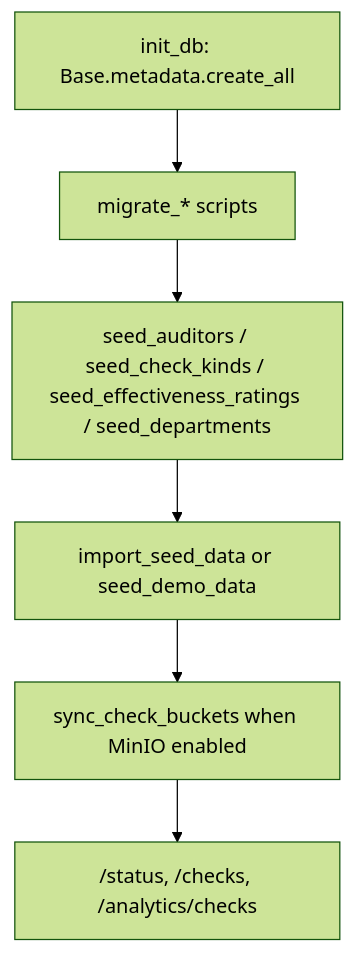
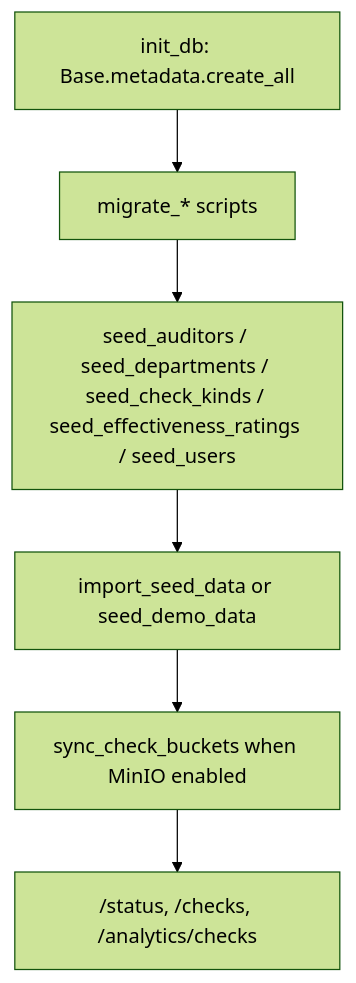
Before and after one commit to sweetd0vee/sokol: the seventh of 7 diagrams in sokol-backend/docs/DATABASE_SCHEMA.md, drawn with Mermaid (forest theme). The commit also changed other lines of this file and 25 other files, not shown here.

````diff
--- a/sokol-backend/docs/DATABASE_SCHEMA.md
+++ b/sokol-backend/docs/DATABASE_SCHEMA.md
@@ -454,8 +461,8 @@
 ```mermaid
 flowchart TD
     INIT["init_db: Base.metadata.create_all"] --> MIGRATE["migrate_* scripts"]
-    MIGRATE --> DICT_SEED["seed_auditors / seed_check_kinds / seed_effectiveness_ratings / seed_departments"]
+    MIGRATE --> DICT_SEED["seed_auditors / seed_departments / seed_check_kinds / seed_effectiveness_ratings / seed_users"]
     DICT_SEED --> DATA_LOAD["import_seed_data or seed_demo_data"]
     DATA_LOAD --> BUCKETS["sync_check_buckets when MinIO enabled"]
     BUCKETS --> SMOKE["/status, /checks, /analytics/checks"]
 ```
````
